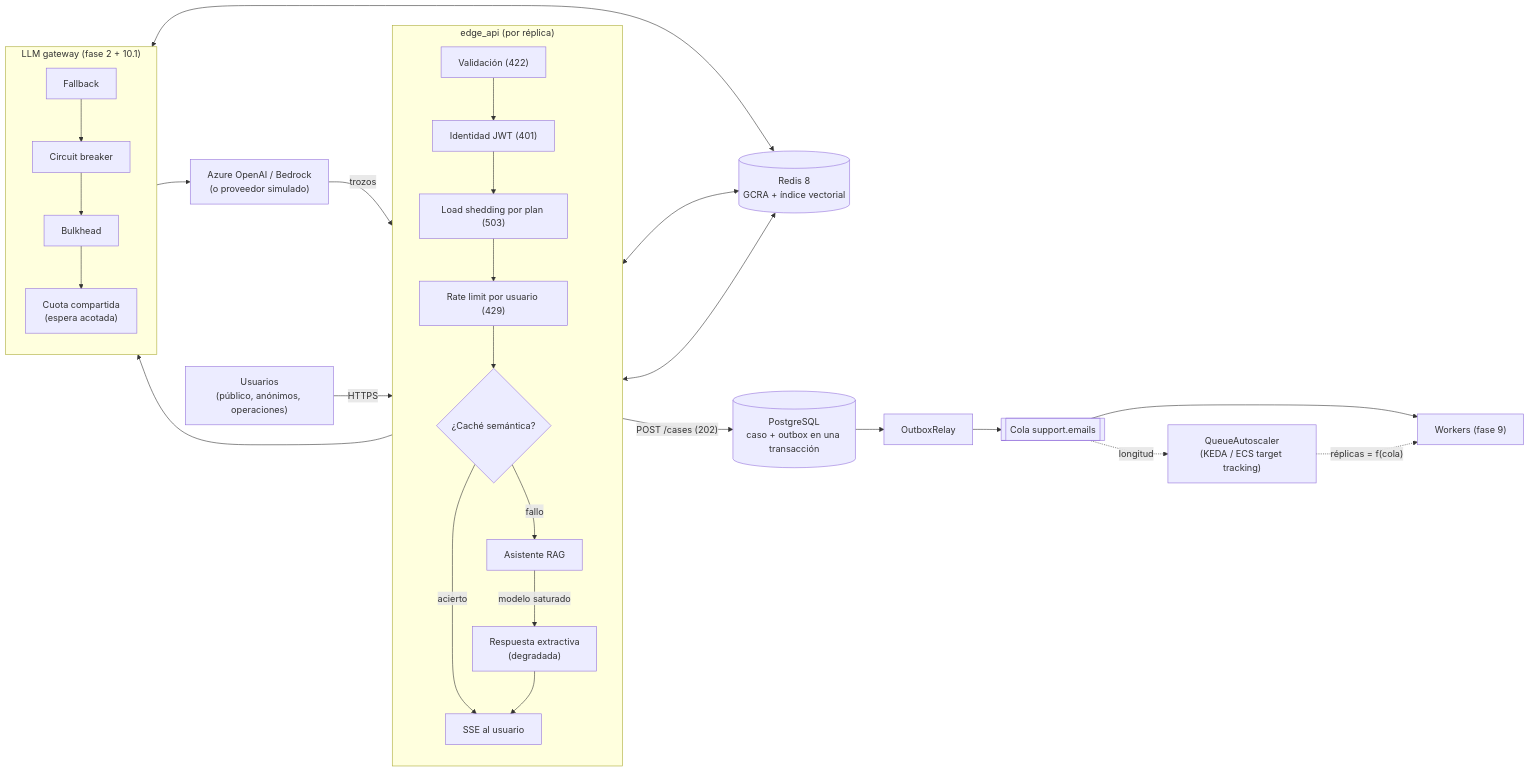
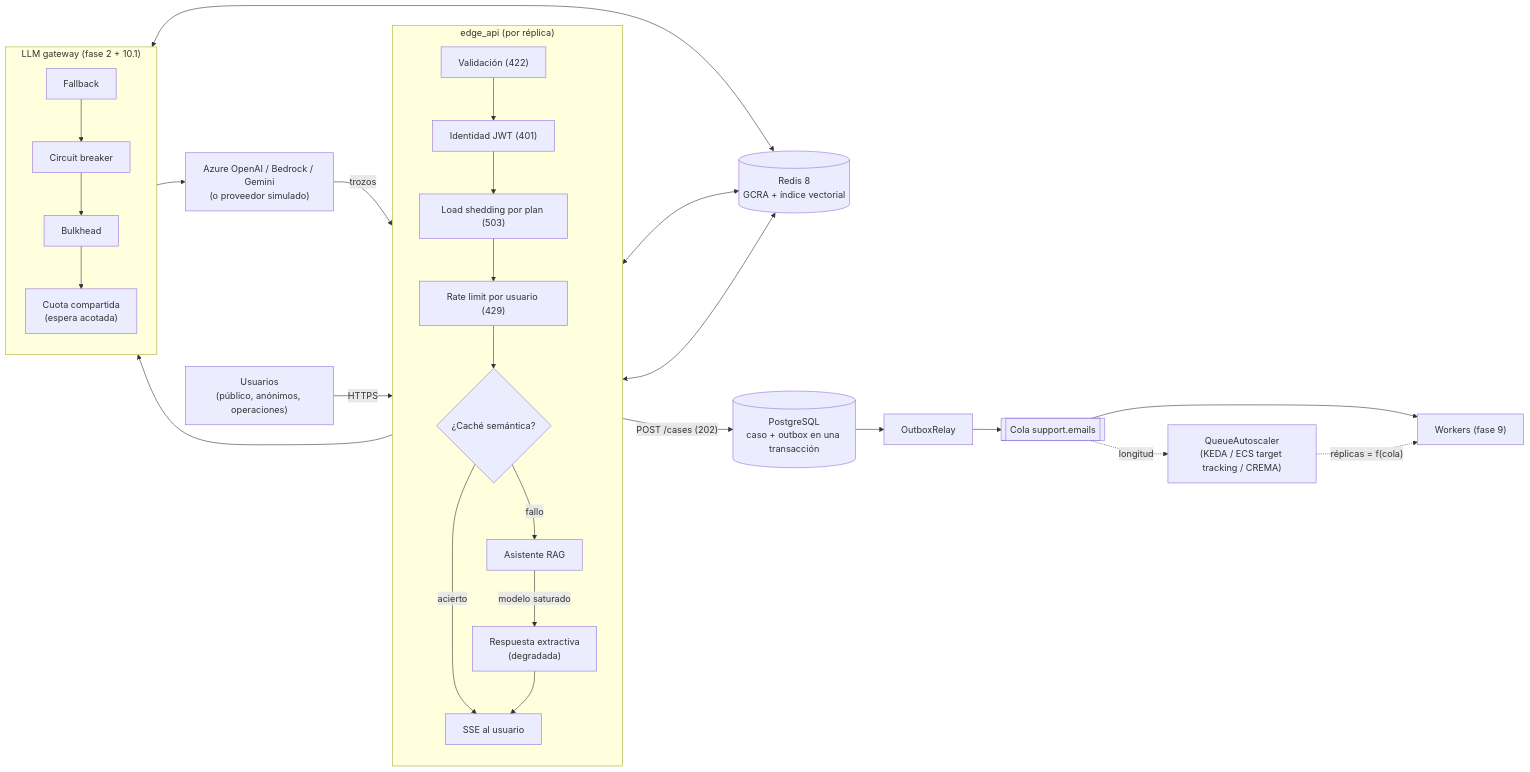
The diagram in docs/fase-10-escala.md (SergioVelmay/GenAI_PoCs), drawn with Mermaid before and after one commit. The commit also changed other lines of this file and 10 other files, not shown here.

````diff
--- a/docs/fase-10-escala.md
+++ b/docs/fase-10-escala.md
@@ -19,35 +19,35 @@
 ```mermaid
 flowchart LR
   U["Usuarios<br/>(público, anónimos, operaciones)"] -->|"HTTPS"| EDGE
 
   subgraph EDGE["edge_api (por réplica)"]
     direction TB
     V["Validación (422)"] --> ID["Identidad JWT (401)"]
     ID --> SH["Load shedding por plan (503)"]
     SH --> RL["Rate limit por usuario (429)"]
     RL --> C{"¿Caché semántica?"}
     C -->|"acierto"| SSE["SSE al usuario"]
     C -->|"fallo"| AS["Asistente RAG"]
     AS -->|"modelo saturado"| DEG["Respuesta extractiva<br/>(degradada)"]
     DEG --> SSE
   end
 
   subgraph GW["LLM gateway (fase 2 + 10.1)"]
     direction TB
     FB["Fallback"] --> BR["Circuit breaker"] --> BH["Bulkhead"] --> Q["Cuota compartida<br/>(espera acotada)"]
   end
 
-  AS --> GW --> M["Azure OpenAI / Bedrock<br/>(o proveedor simulado)"]
+  AS --> GW --> M["Azure OpenAI / Bedrock / Gemini<br/>(o proveedor simulado)"]
   M -->|"trozos"| SSE
 
   R[("Redis 8<br/>GCRA + índice vectorial")]
   RL <--> R
   C <--> R
   Q <--> R
 
   EDGE -->|"POST /cases (202)"| PG[("PostgreSQL<br/>caso + outbox en una transacción")]
   PG --> RELAY["OutboxRelay"] --> MQ[["Cola support.emails"]]
   MQ --> W["Workers (fase 9)"]
-  AUTO["QueueAutoscaler<br/>(KEDA / ECS target tracking)"] -.->|"réplicas = f(cola)"| W
+  AUTO["QueueAutoscaler<br/>(KEDA / ECS target tracking / CREMA)"] -.->|"réplicas = f(cola)"| W
   MQ -.->|"longitud"| AUTO
 ```
````
